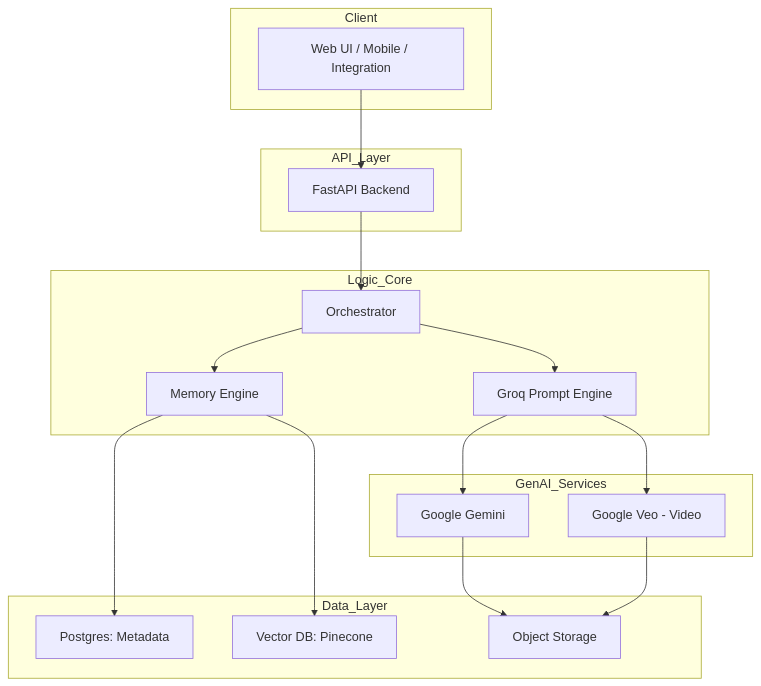
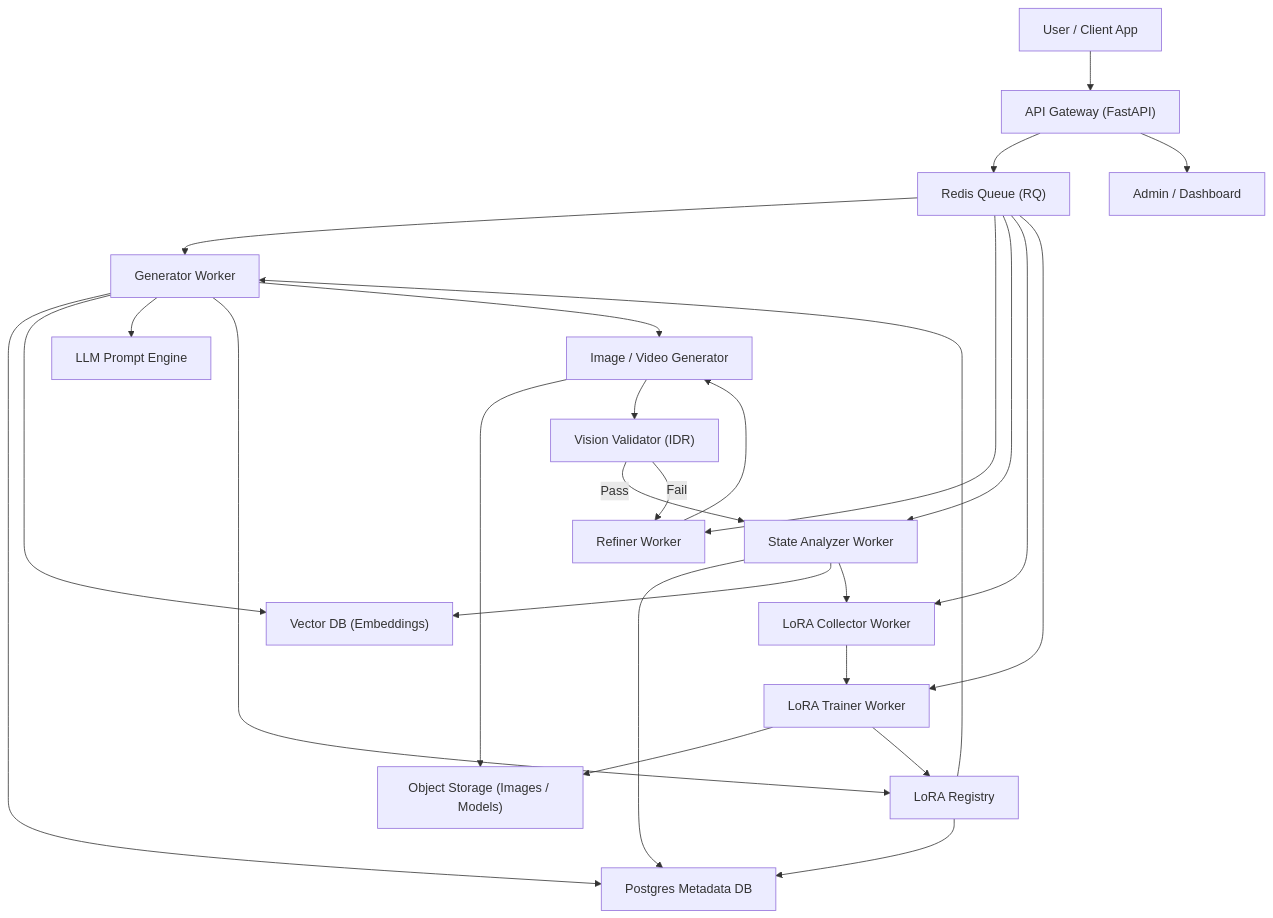
The diagram in README.md (Nithin9585/LoraFrame), drawn with Mermaid before and after one commit.

Commit message:
Revise architecture diagram in README
Updated the architecture diagram in the README to reflect new components and their relationships.

````diff
--- a/README.md
+++ b/README.md
@@ -19,40 +19,58 @@
 ```mermaid
 graph TD
 
-  subgraph Client
-    UI["Web UI / Mobile / Integration"]
-  end
+  %% ===== CLIENT LAYER =====
+  U["User / Client App"] --> API["API Gateway (FastAPI)"]
 
-  subgraph API_Layer
-    API["FastAPI Backend"]
-  end
+  %% ===== JOB QUEUE =====
+  API --> Q["Redis Queue (RQ)"]
 
-  subgraph Logic_Core
-    Orch["Orchestrator"]
-    MemEng["Memory Engine"]
-    PromptEng["Groq Prompt Engine"]
-  end
+  %% ===== WORKERS =====
+  Q --> GEN["Generator Worker"]
+  Q --> REF["Refiner Worker"]
+  Q --> STA["State Analyzer Worker"]
+  Q --> COL["LoRA Collector Worker"]
+  Q --> TRN["LoRA Trainer Worker"]
 
-  subgraph Data_Layer
-    PG["Postgres: Metadata"]
-    VDB["Vector DB: Pinecone"]
-    S3["Object Storage"]
-  end
+  %% ===== DATA LAYER =====
+  PG["Postgres Metadata DB"]
+  VDB["Vector DB (Embeddings)"]
+  OBJ["Object Storage (Images / Models)"]
 
-  subgraph GenAI_Services
-    Gemini["Google Gemini "]
-    Veo["Google Veo - Video"]
-  end
+  %% ===== MEMORY =====
+  GEN --> PG
+  GEN --> VDB
+  STA --> PG
+  STA --> VDB
 
-  UI --> API
-  API --> Orch
-  Orch --> MemEng
-  MemEng --> PG
-  MemEng --> VDB
-  Orch --> PromptEng
-  PromptEng --> Gemini
-  PromptEng --> Veo
-  Gemini --> S3
-  Veo --> S3
+  %% ===== PROMPT ENGINE =====
+  GEN --> LLM["LLM Prompt Engine"]
+
+  %% ===== LORA SYSTEM =====
+  GEN --> LR["LoRA Registry"]
+  LR --> GEN
+  COL --> TRN
+  TRN --> OBJ
+  TRN --> LR
+  LR --> PG
+
+  %% ===== GENERATION =====
+  GEN --> AI["Image / Video Generator"]
+  AI --> OBJ
+
+  %% ===== VALIDATION =====
+  AI --> VAL["Vision Validator (IDR)"]
+  VAL -->|Pass| STA
+  VAL -->|Fail| REF
+
+  %% ===== REFINEMENT LOOP =====
+  REF --> AI
+
+  %% ===== LORA DATA PIPELINE =====
+  STA --> COL
+
+  %% ===== ADMIN UI =====
+  API --> UI["Admin / Dashboard"]
+
 
 ```
````
